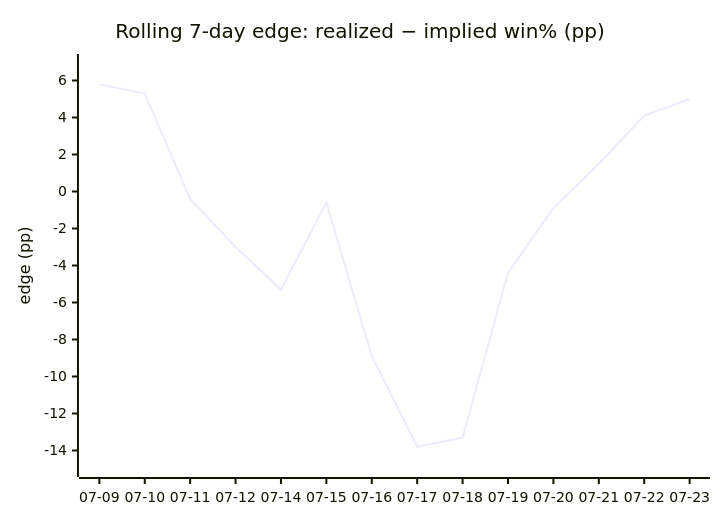
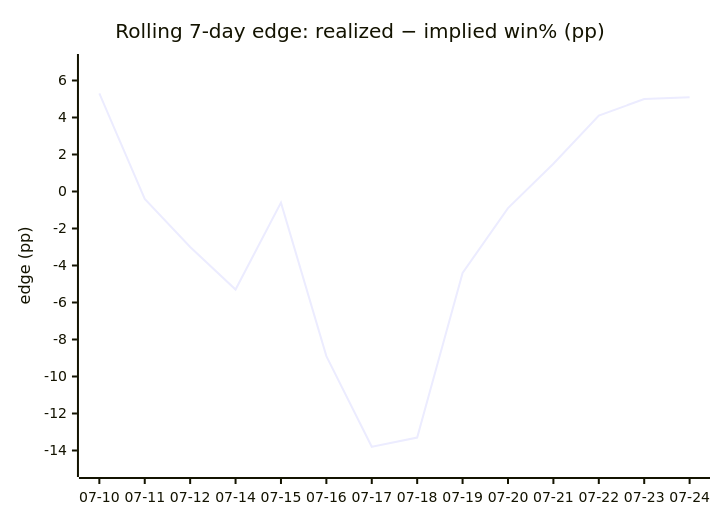
The fourth of 4 diagrams in DAILY_AGSU_REPORT.md (dpk1212/nhl-savant), drawn with Mermaid before and after one commit. The commit also changed other lines of this file, not shown here.

````diff
--- a/DAILY_AGSU_REPORT.md
+++ b/DAILY_AGSU_REPORT.md
@@ -723,7 +727,7 @@
 ```mermaid
 xychart-beta
     title "Rolling 7-day edge: realized − implied win% (pp)"
-    x-axis ["07-09", "07-10", "07-11", "07-12", "07-14", "07-15", "07-16", "07-17", "07-18", "07-19", "07-20", "07-21", "07-22", "07-23"]
+    x-axis ["07-10", "07-11", "07-12", "07-14", "07-15", "07-16", "07-17", "07-18", "07-19", "07-20", "07-21", "07-22", "07-23", "07-24"]
     y-axis "edge (pp)" -15 --> 7
-    line [5.8, 5.3, -0.4, -3, -5.3, -0.6, -8.9, -13.8, -13.3, -4.4, -0.9, 1.5, 4.1, 5]
+    line [5.3, -0.4, -3, -5.3, -0.6, -8.9, -13.8, -13.3, -4.4, -0.9, 1.5, 4.1, 5, 5.1]
 ```
````
